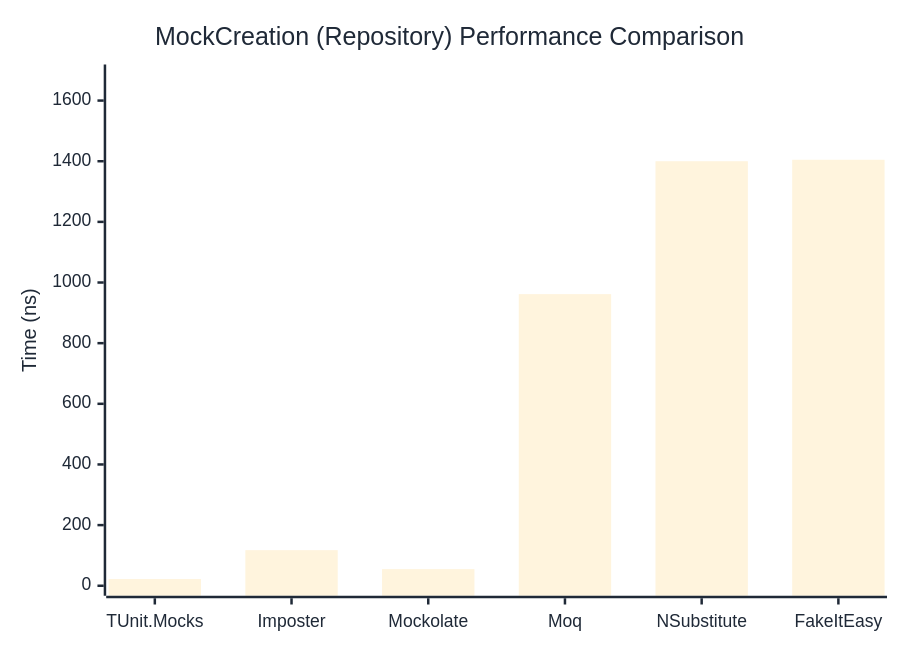
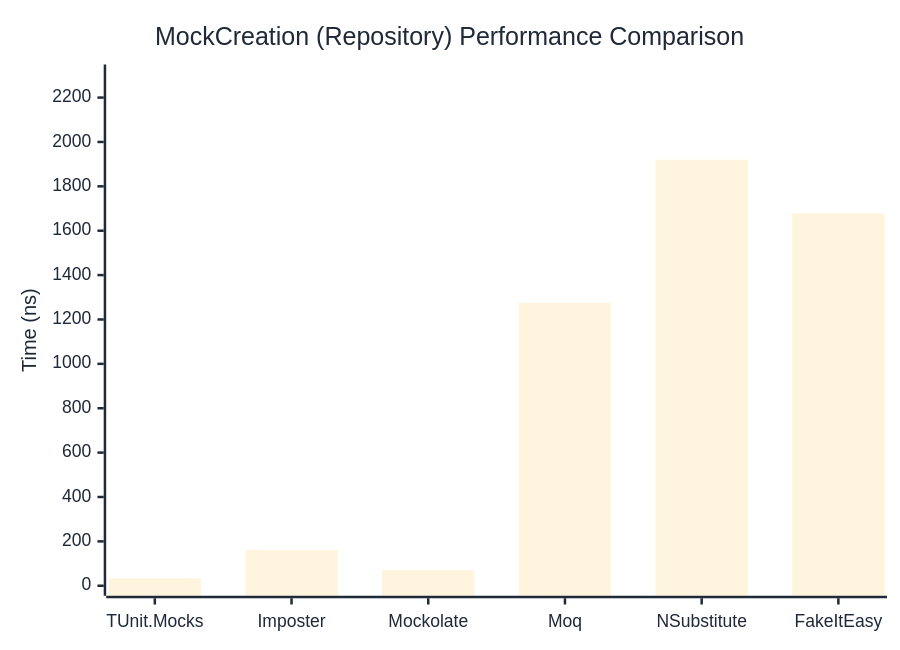
The second of 2 diagrams in docs/docs/benchmarks/mocks/MockCreation.md (thomhurst/TUnit), drawn with Mermaid before and after one commit. The commit also changed other lines of this file and 14 other files, not shown here.

````diff
--- a/docs/docs/benchmarks/mocks/MockCreation.md
+++ b/docs/docs/benchmarks/mocks/MockCreation.md
@@ -71,27 +71,27 @@
 ```mermaid
 %%{init: {
   'theme':'base',
   'themeVariables': {
     'primaryColor': '#2563eb',
     'primaryTextColor': '#1f2937',
     'primaryBorderColor': '#1e40af',
     'lineColor': '#6b7280',
     'secondaryColor': '#7c3aed',
     'tertiaryColor': '#dc2626',
     'background': '#ffffff',
     'pie1': '#2563eb',
     'pie2': '#7c3aed',
     'pie3': '#dc2626',
     'pie4': '#f59e0b',
     'pie5': '#10b981',
     'pie6': '#06b6d4',
     'pie7': '#ec4899',
     'pie8': '#6366f1'
   }
 }}%%
 xychart-beta
   title "MockCreation (Repository) Performance Comparison"
   x-axis ["TUnit.Mocks", "Imposter", "Mockolate", "Moq", "NSubstitute", "FakeItEasy"]
-  y-axis "Time (ns)" 0 --> 1686
-  bar [22.07, 117.35, 54.88, 961.66, 1400.03, 1404.84]
+  y-axis "Time (ns)" 0 --> 2304
+  bar [33.22, 162.07, 70.56, 1275, 1919.98, 1678.22]
 ```
````
